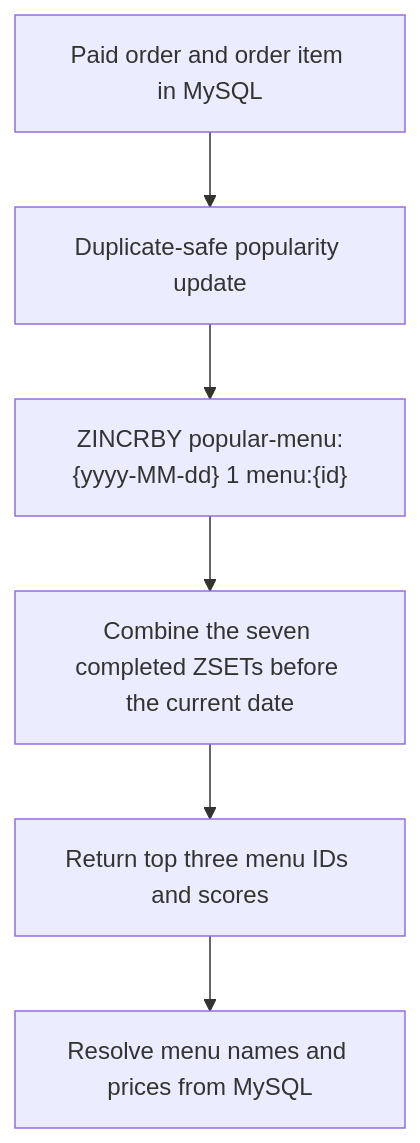
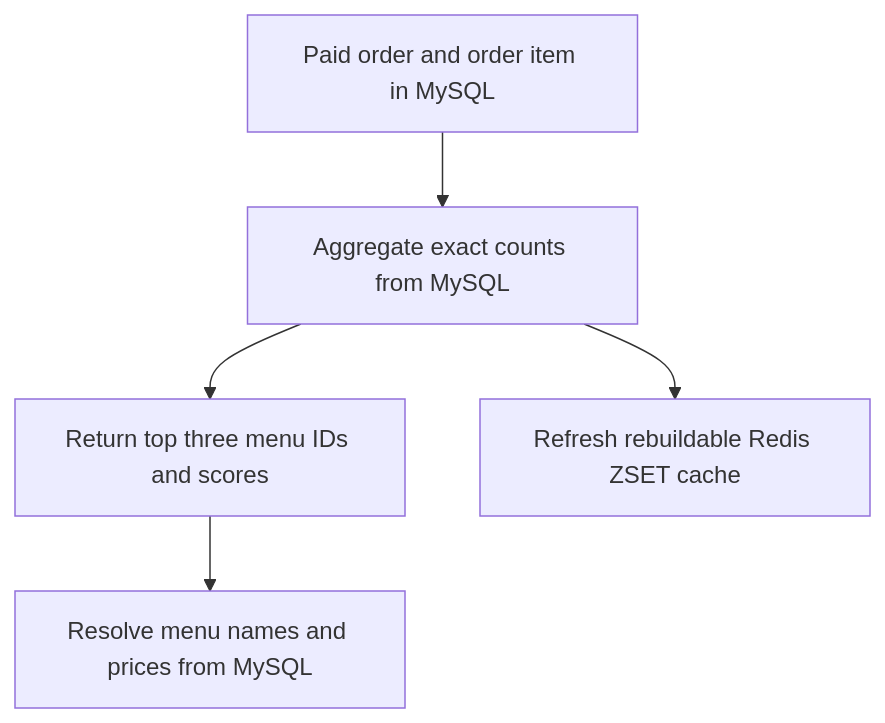
The second of 2 diagrams in docs/ERD.md (Astro-Luminoso/nbc-coffee-order-system), drawn with Mermaid before and after one commit. The commit also changed other lines of this file and 2 other files, not shown here.

Commit message:
docs: make popular menu ranking source authoritative

````diff
--- a/docs/ERD.md
+++ b/docs/ERD.md
@@ -199,8 +199,7 @@
 ```mermaid
 flowchart
-    A["Paid order and order item in MySQL"] --> B["Duplicate-safe popularity update"]
-    B --> C["ZINCRBY popular-menu:{yyyy-MM-dd} 1 menu:{id}"]
-    C --> D["Combine the seven completed ZSETs before the current date"]
-    D --> E["Return top three menu IDs and scores"]
-    E --> F["Resolve menu names and prices from MySQL"]
+    A["Paid order and order item in MySQL"] --> B["Aggregate exact counts from MySQL"]
+    B --> C["Return top three menu IDs and scores"]
+    B --> D["Refresh rebuildable Redis ZSET cache"]
+    C --> E["Resolve menu names and prices from MySQL"]
 ```
````
